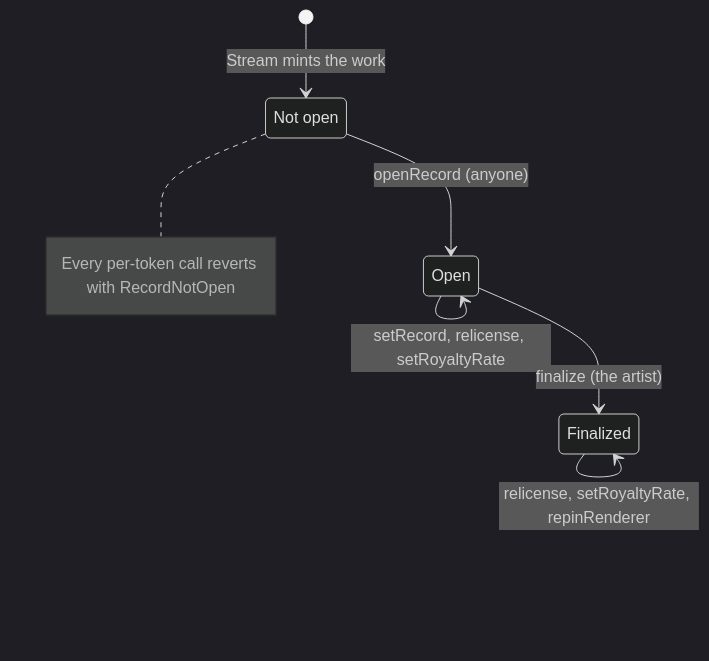
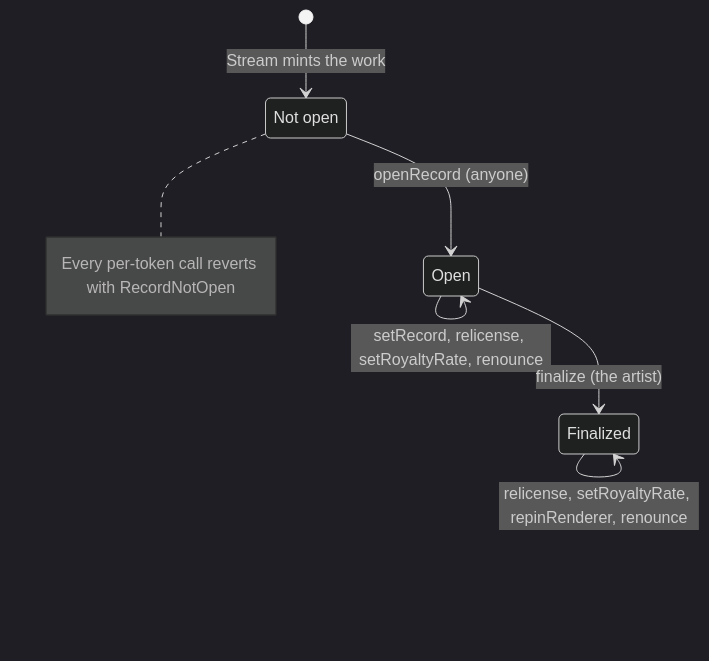
The first of 10 diagrams in docs/spec/works-and-storage.md (6529-Collections/6529-works), drawn with Mermaid (dark theme) before and after one commit. The commit also changed other lines of this file and 92 other files, not shown here.

First line of the commit message:
Work powers (lower-only royalty, renounce) and off-chain conventions (ADR 0006) (#102)

````diff
--- a/docs/spec/works-and-storage.md
+++ b/docs/spec/works-and-storage.md
@@ -127,12 +136,12 @@
 ```mermaid
 stateDiagram-v2
     state "Not open" as NotOpen
     [*] --> NotOpen : Stream mints the work
     NotOpen --> Open : openRecord (anyone)
-    Open --> Open : setRecord, relicense, setRoyaltyRate
+    Open --> Open : setRecord, relicense, setRoyaltyRate, renounce
     Open --> Finalized : finalize (the artist)
-    Finalized --> Finalized : relicense, setRoyaltyRate, repinRenderer
+    Finalized --> Finalized : relicense, setRoyaltyRate, repinRenderer, renounce
     note right of NotOpen
         Every per-token call reverts with RecordNotOpen
     end note
 ```
````
